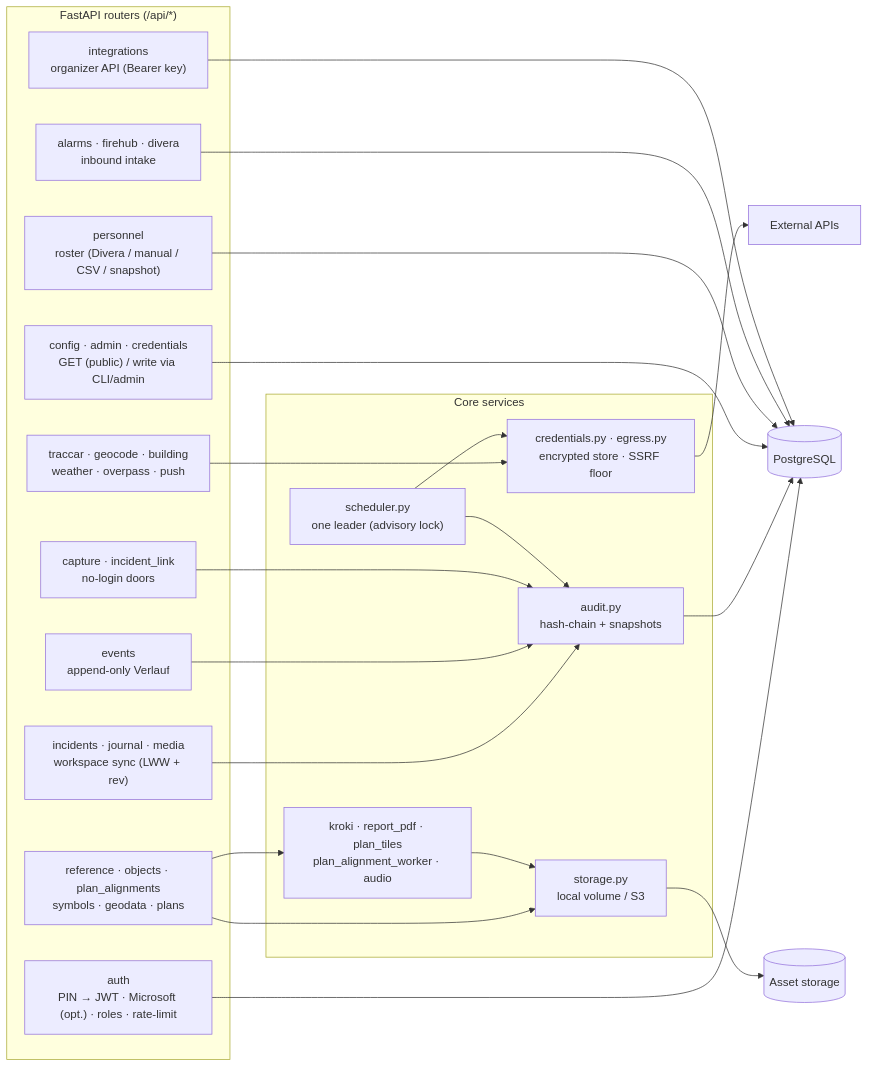
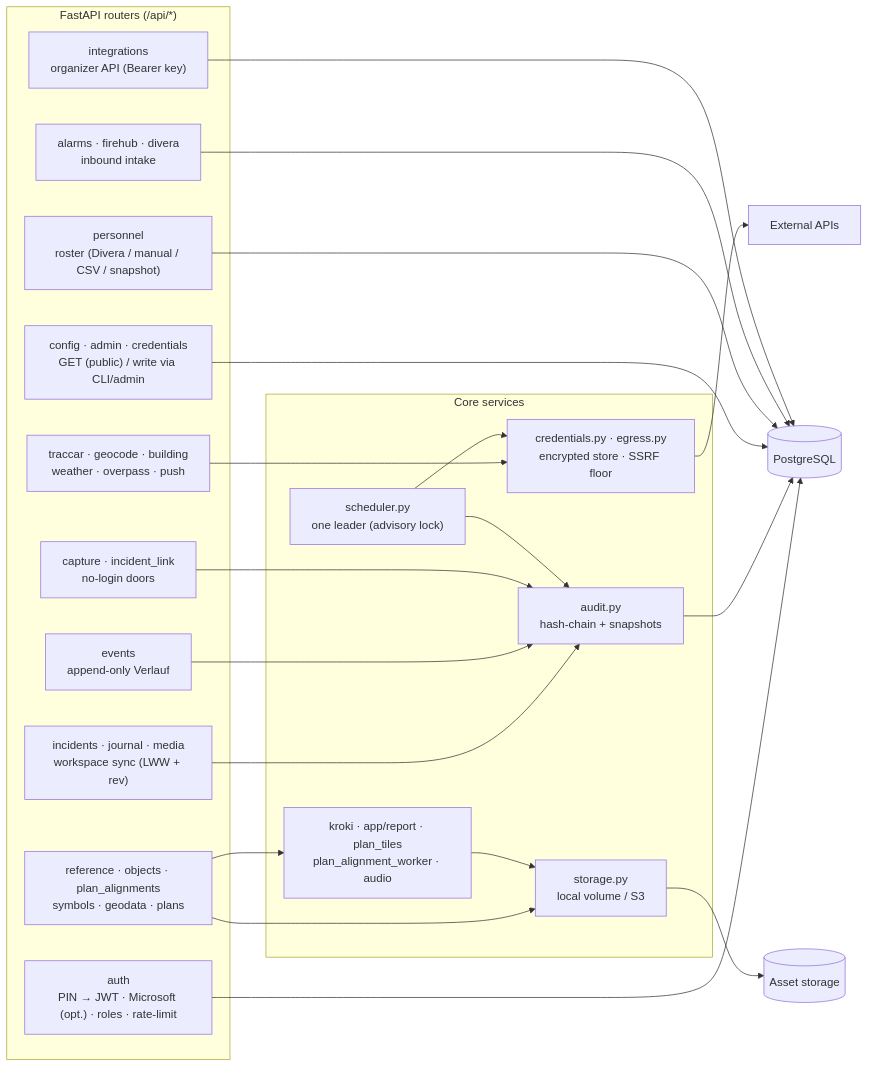
One commit to feuerwehr-oberwil/kp-front changed the second of 5 diagrams in docs/ARCHITECTURE.md. Above: the diagram before and after it, drawn with Mermaid. The commit also changed 30 other files, not shown here.

First line of the commit message:
docs: point report_pdf mentions at the app/report package

````diff
--- a/docs/ARCHITECTURE.md
+++ b/docs/ARCHITECTURE.md
@@ -120,41 +120,41 @@
 ```mermaid
 flowchart LR
   subgraph EDGE["FastAPI routers (/api/*)"]
     AUTH["auth<br/>PIN → JWT · Microsoft (opt.) · roles · rate-limit"]
     INC["incidents · journal · media<br/>workspace sync (LWW + rev)"]
     EVT["events<br/>append-only Verlauf"]
     CFG["config · admin · credentials<br/>GET (public) / write via CLI/admin"]
     REF["reference · objects · plan_alignments<br/>symbols · geodata · plans"]
     PERS["personnel<br/>roster (Divera / manual / CSV / snapshot)"]
     INTAKE["alarms · firehub · divera<br/>inbound intake"]
     DOORS["capture · incident_link<br/>no-login doors"]
     ORGAPI["integrations<br/>organizer API (Bearer key)"]
     PROXY["traccar · geocode · building<br/>weather · overpass · push"]
   end
 
   subgraph CORE["Core services"]
     AUD["audit.py<br/>hash-chain + snapshots"]
     STG["storage.py<br/>local volume / S3"]
-    REND["kroki · report_pdf · plan_tiles<br/>plan_alignment_worker · audio"]
+    REND["kroki · app/report · plan_tiles<br/>plan_alignment_worker · audio"]
     CRED["credentials.py · egress.py<br/>encrypted store · SSRF floor"]
     SCHED["scheduler.py<br/>one leader (advisory lock)"]
   end
 
   DB[("PostgreSQL")]
   FILES[("Asset storage")]
   EXTSVC["External APIs"]
 
   AUTH --> DB
   INC --> AUD --> DB
   EVT --> AUD
   CFG --> DB
   PERS --> DB
   INTAKE --> DB
   DOORS --> AUD
   ORGAPI --> DB
   REF --> STG --> FILES
   REF --> REND --> STG
   PROXY --> CRED --> EXTSVC
   SCHED --> CRED
   SCHED --> AUD
 ```
````
